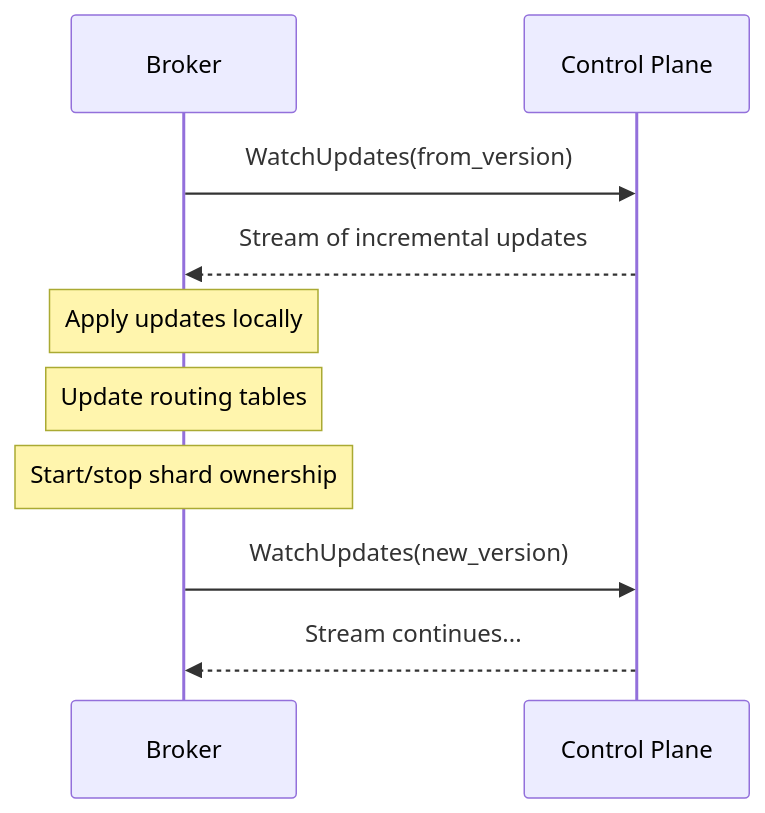
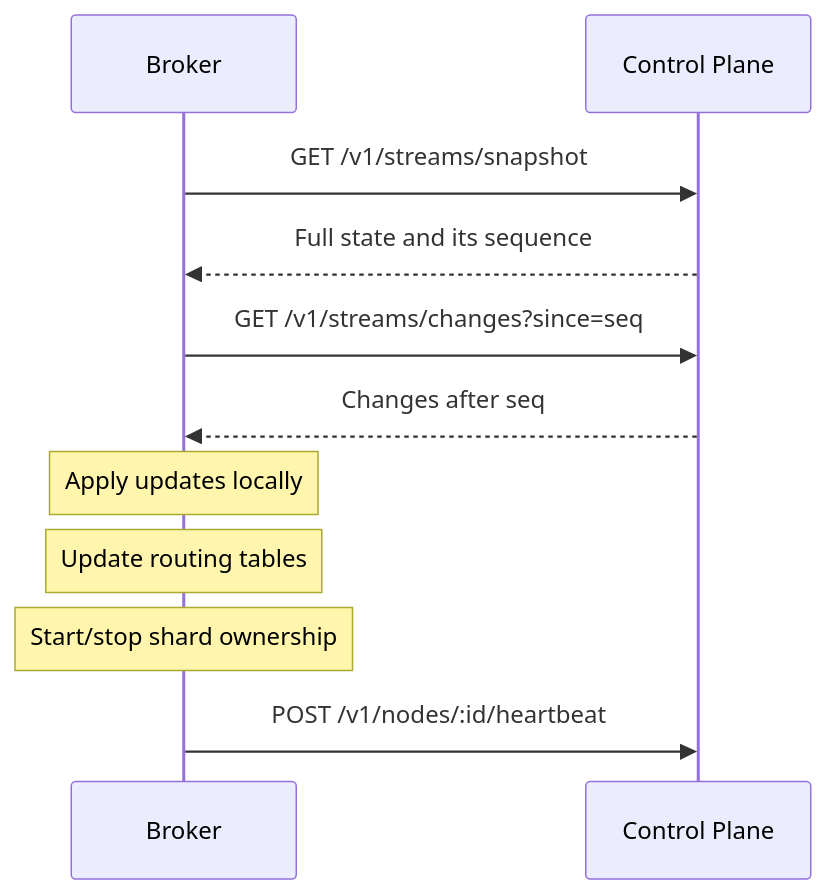
The fifth of 8 diagrams in docs-site/src/content/docs/architecture/components.md (GetFelix/felix), drawn with Mermaid before and after one commit. The commit also changed other lines of this file and 3 other files, not shown here.

````diff
--- a/docs-site/src/content/docs/architecture/components.md
+++ b/docs-site/src/content/docs/architecture/components.md
@@ -487,15 +512,17 @@
 ```mermaid
 sequenceDiagram
     participant B as Broker
     participant CONTROLPLANE as Control Plane
     
-    B->>CONTROLPLANE: WatchUpdates(from_version)
-    CONTROLPLANE-->>B: Stream of incremental updates
+    B->>CONTROLPLANE: GET /v1/streams/snapshot
+    CONTROLPLANE-->>B: Full state and its sequence
+    
+    B->>CONTROLPLANE: GET /v1/streams/changes?since=seq
+    CONTROLPLANE-->>B: Changes after seq
     
     Note over B: Apply updates locally
     Note over B: Update routing tables
     Note over B: Start/stop shard ownership
     
-    B->>CONTROLPLANE: WatchUpdates(new_version)
-    CONTROLPLANE-->>B: Stream continues...
+    B->>CONTROLPLANE: POST /v1/nodes/:id/heartbeat
 ```
````
